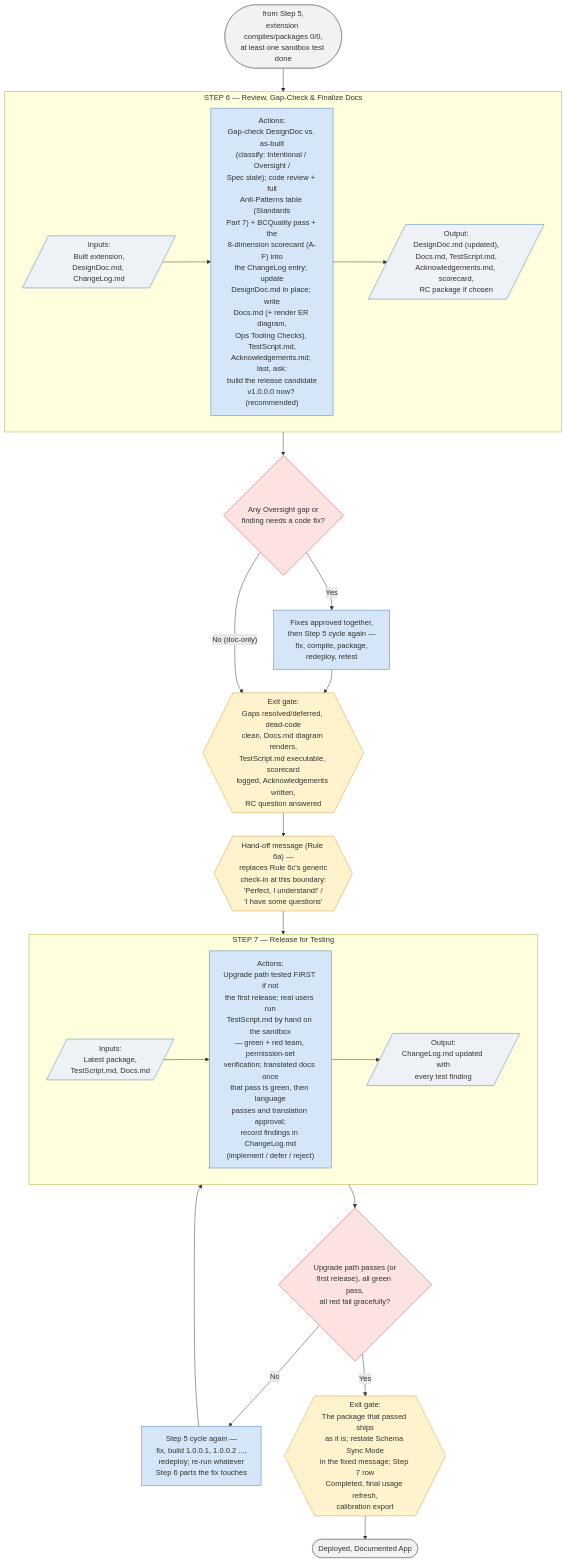
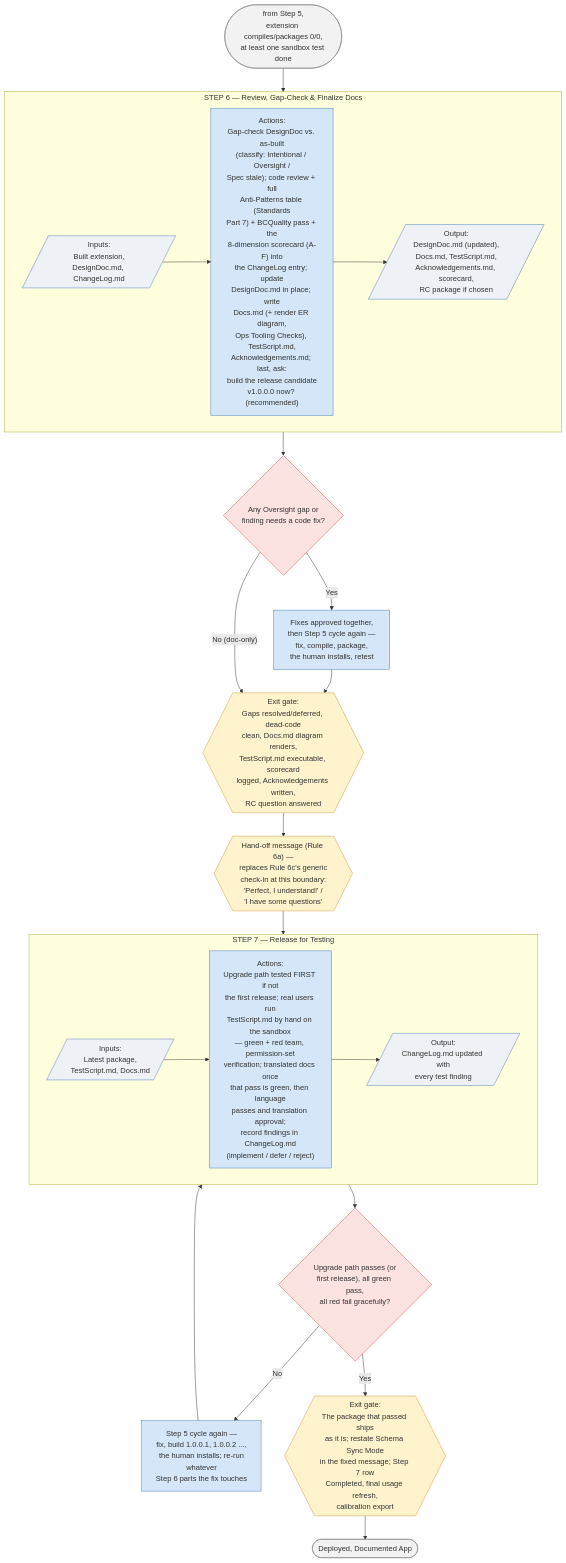
One commit to ajansari/ocpfBcAgenticDevFramework changed the sixth of 7 diagrams in liteVersion/LITE_RunbookSchematics.md. Above: the diagram before and after it, drawn with Mermaid. The commit also changed other lines of this file and 70 other files, not shown here.

````diff
--- a/liteVersion/LITE_RunbookSchematics.md
+++ b/liteVersion/LITE_RunbookSchematics.md
@@ -235,40 +235,40 @@
 ```mermaid
 flowchart TD
     Start(["from Step 5,<br/>extension compiles/packages 0/0,<br/>at least one sandbox test done"]) --> S6
 
     subgraph S6["STEP 6 — Review, Gap-Check & Finalize Docs"]
         direction LR
         In1[/"Inputs:<br/>Built extension,<br/>DesignDoc.md, ChangeLog.md"/] --> Act1["Actions:<br/>Gap-check DesignDoc vs. as-built<br/>(classify: Intentional / Oversight /<br/>Spec stale); code review + full<br/>Anti-Patterns table (Standards<br/>Part 7) + BCQuality pass + the<br/>8-dimension scorecard (A-F) into<br/>the ChangeLog entry; update<br/>DesignDoc.md in place; write<br/>Docs.md (+ render ER diagram,<br/>Ops Tooling Checks), TestScript.md,<br/>Acknowledgements.md; last, ask:<br/>build the release candidate<br/>v1.0.0.0 now? (recommended)"] --> Out1[/"Output:<br/>DesignDoc.md (updated),<br/>Docs.md, TestScript.md,<br/>Acknowledgements.md, scorecard,<br/>RC package if chosen"/]
     end
     S6 --> GapFill{"Any Oversight gap or<br/>finding needs a code fix?"}
-    GapFill -- "Yes" --> GapCycle["Fixes approved together,<br/>then Step 5 cycle again —<br/>fix, compile, package,<br/>redeploy, retest"]
+    GapFill -- "Yes" --> GapCycle["Fixes approved together,<br/>then Step 5 cycle again —<br/>fix, compile, package,<br/>the human installs, retest"]
     GapCycle --> Gate1
     GapFill -- "No (doc-only)" --> Gate1
     Gate1{{"Exit gate:<br/>Gaps resolved/deferred, dead-code<br/>clean, Docs.md diagram renders,<br/>TestScript.md executable, scorecard<br/>logged, Acknowledgements written,<br/>RC question answered"}}
 
     Gate1 --> HandOff{{"Hand-off message (Rule 6a) —<br/>replaces Rule 6c's generic<br/>check-in at this boundary:<br/>'Perfect, I understand!' /<br/>'I have some questions'"}}
     HandOff --> S7
     subgraph S7["STEP 7 — Release for Testing"]
         direction LR
         In2[/"Inputs:<br/>Latest package,<br/>TestScript.md, Docs.md"/] --> Act2["Actions:<br/>Upgrade path tested FIRST if not<br/>the first release; real users run<br/>TestScript.md by hand on the sandbox<br/>— green + red team, permission-set<br/>verification; translated docs once<br/>that pass is green, then language<br/>passes and translation approval;<br/>record findings in ChangeLog.md<br/>(implement / defer / reject)"] --> Out2[/"Output:<br/>ChangeLog.md updated with<br/>every test finding"/]
     end
     S7 --> ReleaseCheck{"Upgrade path passes (or<br/>first release), all green pass,<br/>all red fail gracefully?"}
-    ReleaseCheck -- "No" --> GapCycle2["Step 5 cycle again —<br/>fix, build 1.0.0.1, 1.0.0.2 ...,<br/>redeploy; re-run whatever<br/>Step 6 parts the fix touches"]
+    ReleaseCheck -- "No" --> GapCycle2["Step 5 cycle again —<br/>fix, build 1.0.0.1, 1.0.0.2 ...,<br/>the human installs; re-run<br/>whatever<br/>Step 6 parts the fix touches"]
     GapCycle2 --> S7
     ReleaseCheck -- "Yes" --> Gate2
 
     Gate2{{"Exit gate:<br/>The package that passed ships<br/>as it is; restate Schema Sync Mode<br/>in the fixed message; Step 7 row<br/>Completed, final usage refresh,<br/>calibration export"}}
 
     Gate2 --> Done(["Deployed, Documented App"])
 
     classDef io fill:#eef2f7,stroke:#4a7ab5,stroke-width:1px;
     classDef act fill:#d4e6f7,stroke:#4a7ab5,stroke-width:1px;
     classDef gate fill:#fff3cd,stroke:#c99a3a,stroke-width:1px;
     classDef endpoint fill:#f2f2f2,stroke:#888,stroke-width:1px;
     classDef decision fill:#fde2e2,stroke:#c0504d,stroke-width:1px;
     class In1,Out1,In2,Out2 io;
     class Act1,Act2,GapCycle,GapCycle2 act;
     class Gate1,Gate2,HandOff gate;
     class Start,Done endpoint;
     class GapFill,ReleaseCheck decision;
 ```
````
